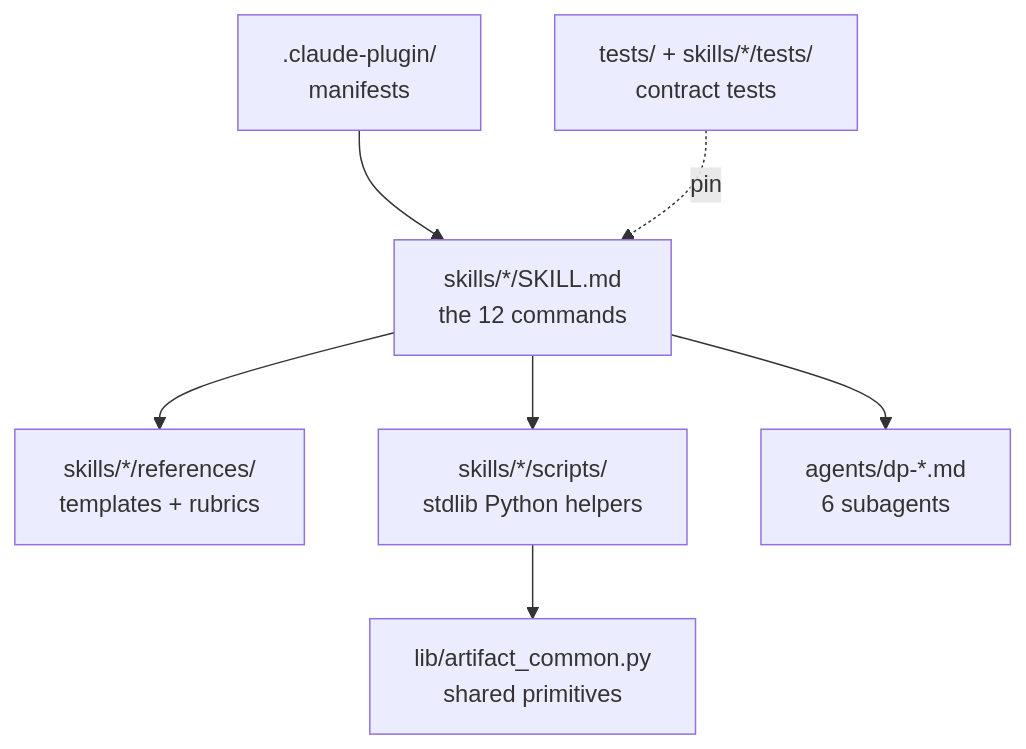
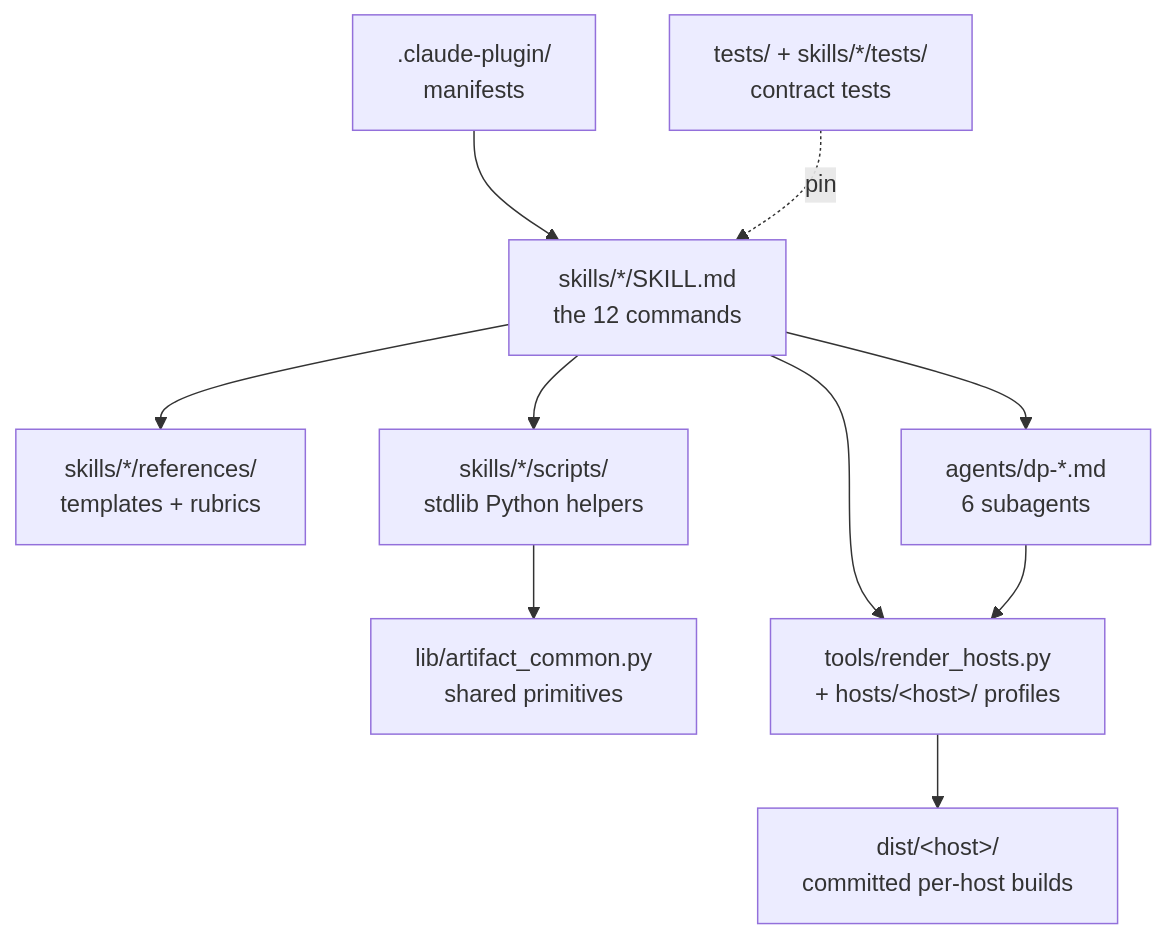
The diagram in docs/development.md (Tsadoq/claude-better-plan), drawn with Mermaid before and after one commit. The commit also changed other lines of this file and 245 other files, not shown here.

First line of the commit message:
feat: per-host builds for pi, Codex, and generic agents

````diff
--- a/docs/development.md
+++ b/docs/development.md
@@ -7,9 +7,12 @@
 ```mermaid
 flowchart TD
     M[".claude-plugin/<br/>manifests"] --> SK["skills/*/SKILL.md<br/>the 12 commands"]
     SK --> REF["skills/*/references/<br/>templates + rubrics"]
     SK --> SC["skills/*/scripts/<br/>stdlib Python helpers"]
     SK --> AG["agents/dp-*.md<br/>6 subagents"]
     SC --> LIB["lib/artifact_common.py<br/>shared primitives"]
     T["tests/ + skills/*/tests/<br/>contract tests"] -.pin.-> SK
+    SK --> R["tools/render_hosts.py<br/>+ hosts/&lt;host&gt;/ profiles"]
+    AG --> R
+    R --> D["dist/&lt;host&gt;/<br/>committed per-host builds"]
 ```
````
